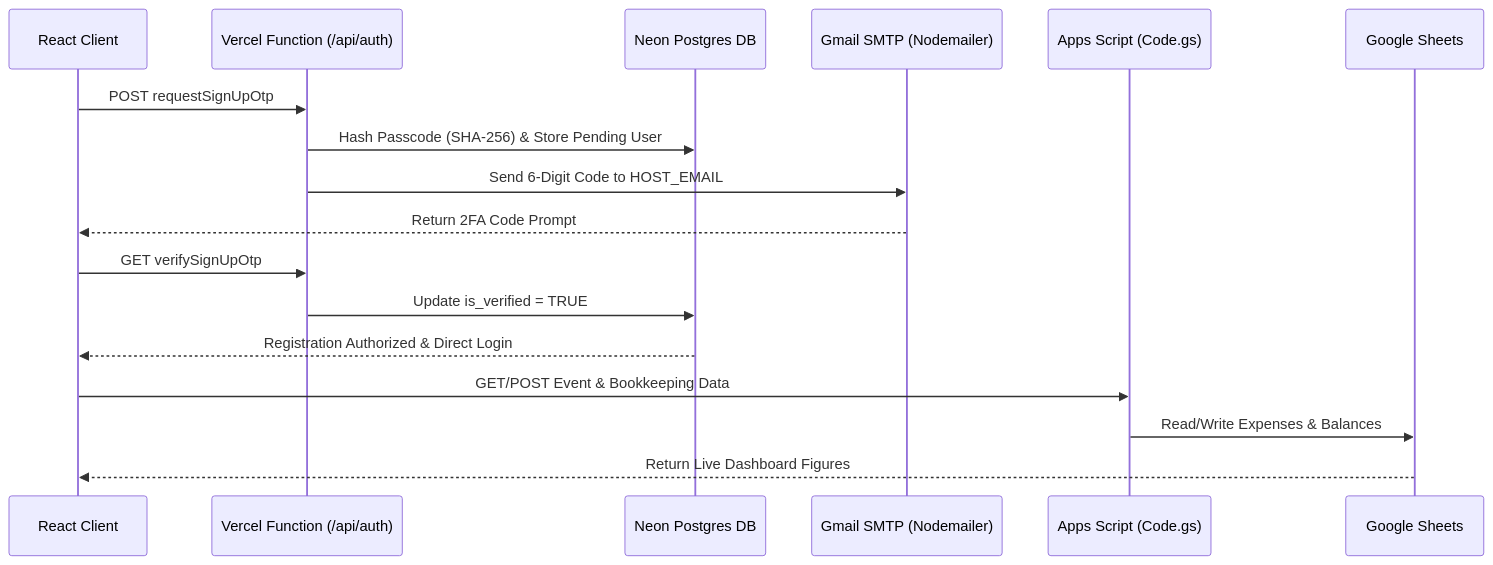
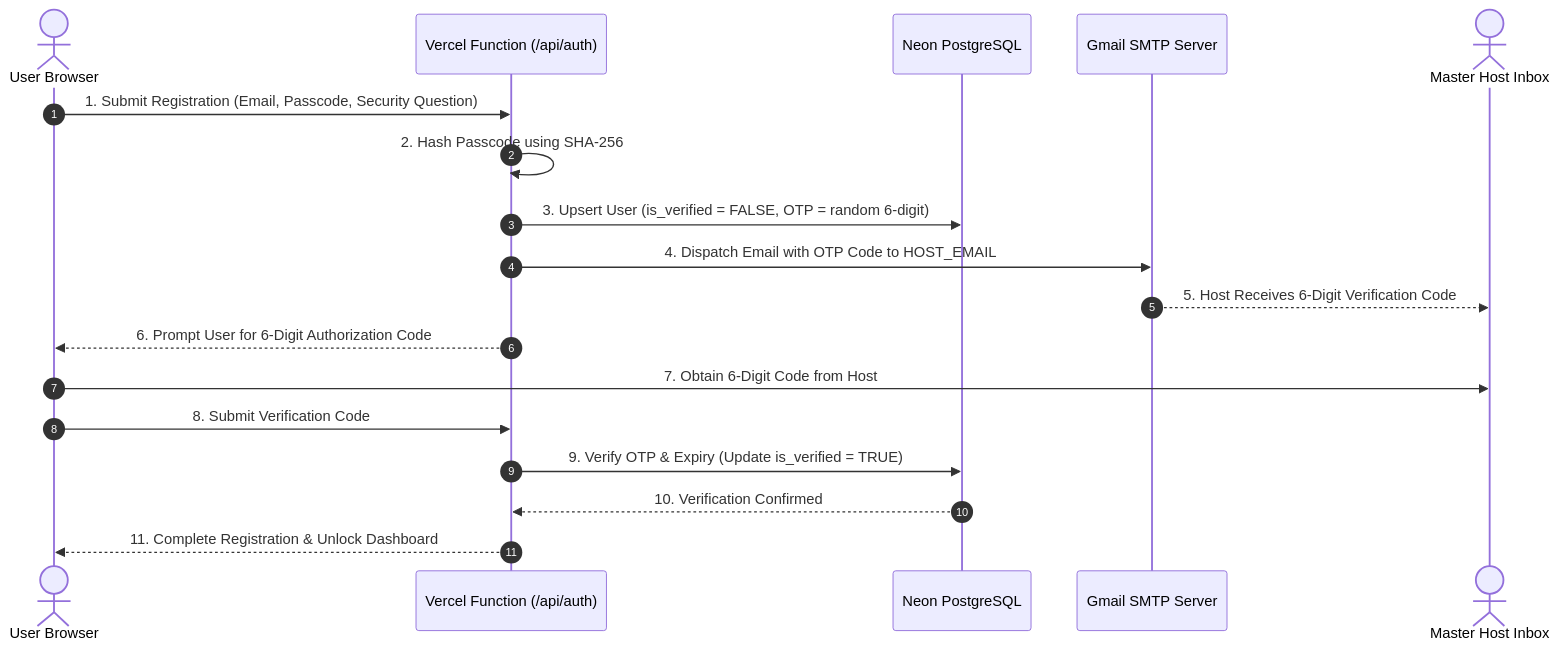
One commit to Abhijit12322/ieee_financial_system changed the second of 4 diagrams in README.md. Above: the diagram before and after it, drawn with Mermaid. The commit also changed other lines of this file and 6 other files, not shown here.

Commit message:
Replace AI image with real UI screenshots and enhance system architecture diagrams in README.md

````diff
--- a/README.md
+++ b/README.md
@@ -23,25 +57,21 @@
 ```mermaid
 sequenceDiagram
-    participant React Client
-    participant Vercel Function (/api/auth)
-    participant Neon Postgres DB
-    participant Gmail SMTP (Nodemailer)
-    participant Apps Script (Code.gs)
-    participant Google Sheets
-    
-    %% Sign Up Flow
-    React Client->>Vercel Function (/api/auth): POST requestSignUpOtp
-    Vercel Function (/api/auth)->>Neon Postgres DB: Hash Passcode (SHA-256) & Store Pending User
-    Vercel Function (/api/auth)->>Gmail SMTP (Nodemailer): Send 6-Digit Code to HOST_EMAIL
-    Gmail SMTP (Nodemailer)-->>React Client: Return 2FA Code Prompt
-    
-    %% OTP Verification
-    React Client->>Vercel Function (/api/auth): GET verifySignUpOtp
-    Vercel Function (/api/auth)->>Neon Postgres DB: Update is_verified = TRUE
-    Neon Postgres DB-->>React Client: Registration Authorized & Direct Login
-    
-    %% Financial Operations
-    React Client->>Apps Script (Code.gs): GET/POST Event & Bookkeeping Data
-    Apps Script (Code.gs)->>Google Sheets: Read/Write Expenses & Balances
-    Google Sheets-->>React Client: Return Live Dashboard Figures
+    autonumber
+    actor User as User Browser
+    participant API as Vercel Function (/api/auth)
+    participant DB as Neon PostgreSQL
+    participant SMTP as Gmail SMTP Server
+    actor Host as Master Host Inbox
+
+    User->>API: 1. Submit Registration (Email, Passcode, Security Question)
+    API->>API: 2. Hash Passcode using SHA-256
+    API->>DB: 3. Upsert User (is_verified = FALSE, OTP = random 6-digit)
+    API->>SMTP: 4. Dispatch Email with OTP Code to HOST_EMAIL
+    SMTP-->>Host: 5. Host Receives 6-Digit Verification Code
+    API-->>User: 6. Prompt User for 6-Digit Authorization Code
+    User->>Host: 7. Obtain 6-Digit Code from Host
+    User->>API: 8. Submit Verification Code
+    API->>DB: 9. Verify OTP & Expiry (Update is_verified = TRUE)
+    DB-->>API: 10. Verification Confirmed
+    API-->>User: 11. Complete Registration & Unlock Dashboard
 ```
````
